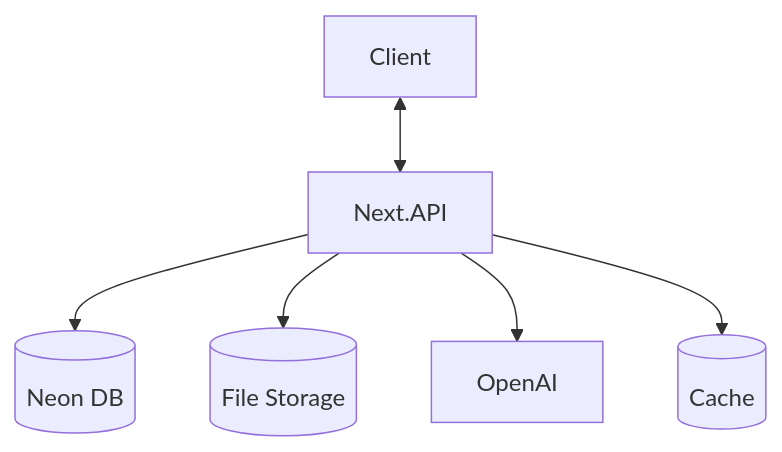
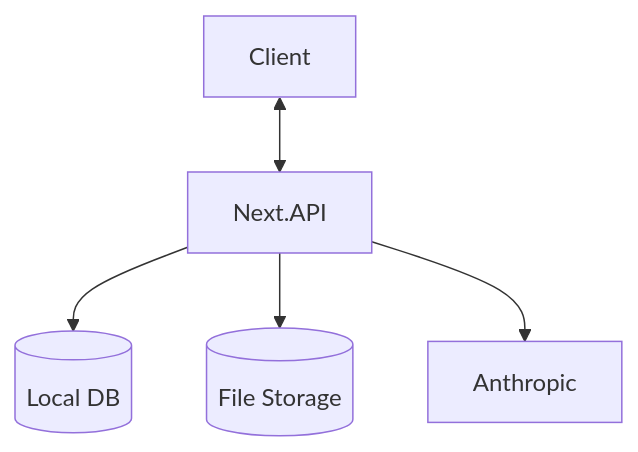
The first of 3 diagrams in context/project-overview.md (Labnerd-net/dev-stash), drawn with Mermaid before and after one commit. The commit also changed other lines of this file and 30 other files, not shown here.

````diff
--- a/context/project-overview.md
+++ b/context/project-overview.md
@@ -252,8 +247,7 @@
 ```mermaid
 graph TD;
   Client <--> Next.API
-  Next.API --> Postgres[(Neon DB)]
+  Next.API --> Postgres[(Local DB)]
   Next.API --> R2[(File Storage)]
-  Next.API --> OpenAI
-  Next.API --> Redis[(Cache)]
+  Next.API --> Anthropic
 ```
````
